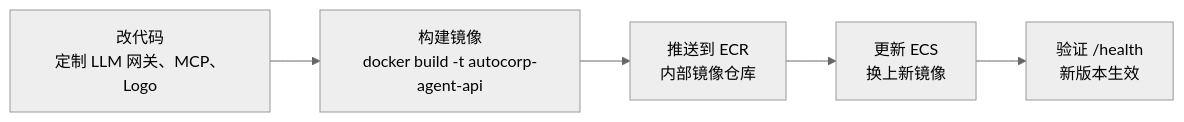
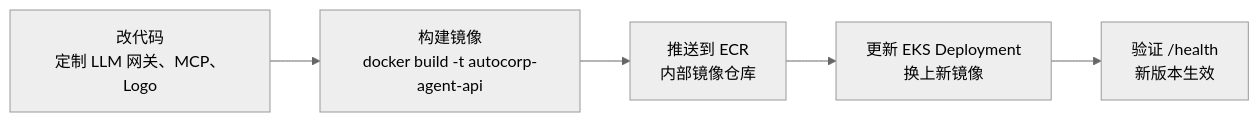
Before and after one commit to SilkLee/full-stack-guide: diagram 13 of 19 in suna-deep-dive.md, drawn with Mermaid (neutral theme). The commit also changed other lines of this file, not shown here.

Commit message:
Replace ECS with EKS: Kubernetes deployment, kubectl rollout, update glossary and CI/CD

````diff
--- a/suna-deep-dive.md
+++ b/suna-deep-dive.md
@@ -1072,7 +1072,7 @@
 ```mermaid
 flowchart LR
     CODE["改代码<br/>定制 LLM 网关、MCP、Logo"] --> BUILD["构建镜像<br/>docker build -t autocorp-agent-api"]
     BUILD --> PUSH["推送到 ECR<br/>内部镜像仓库"]
-    PUSH --> DEPLOY["更新 ECS<br/>换上新镜像"]
+    PUSH --> DEPLOY["更新 EKS Deployment<br/>换上新镜像"]
     DEPLOY --> VERIFY["验证 /health<br/>新版本生效"]
 ```
````
